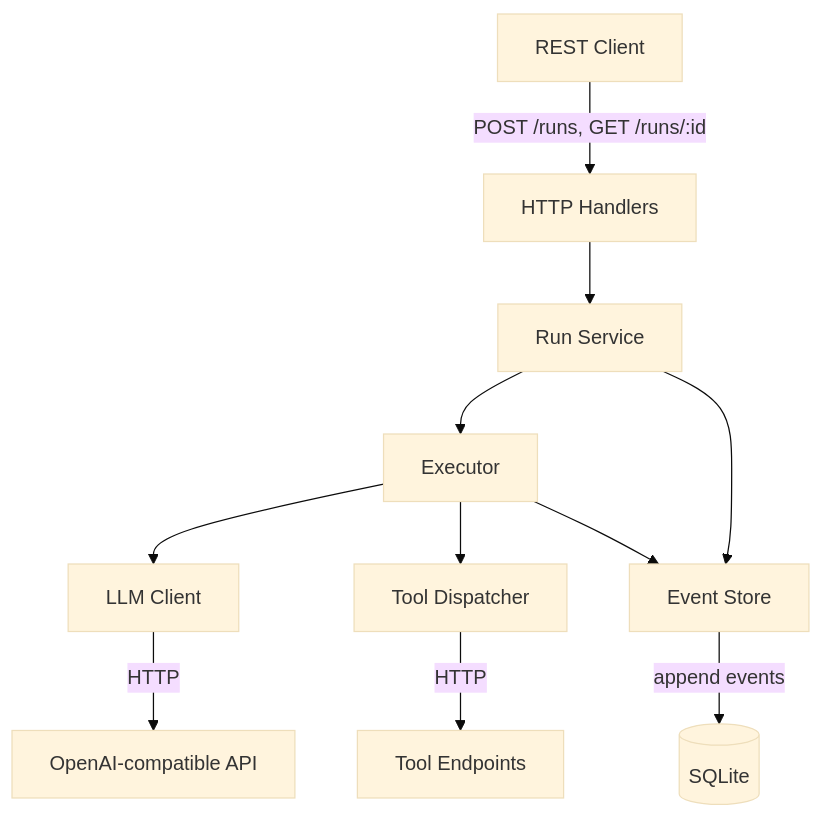
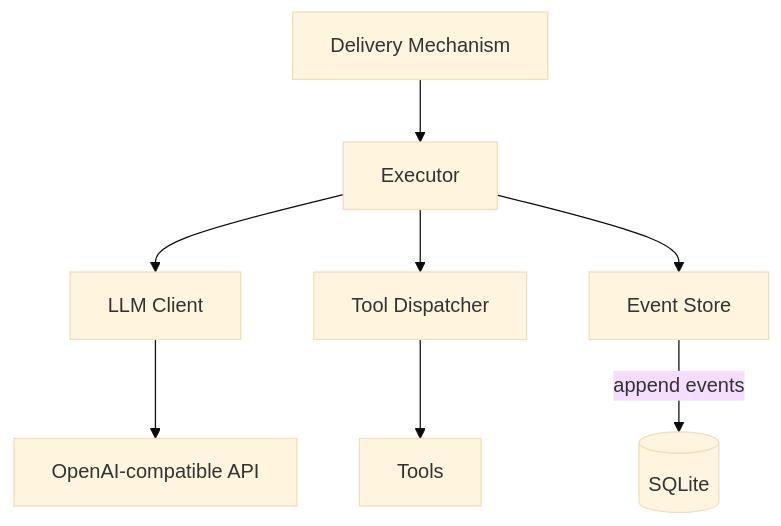
One commit to w-h-a/runloop changed the diagram in README.md. Above: the diagram before and after it, drawn with Mermaid (base theme). The commit also changed other lines of this file, not shown here.

Commit message:
feat: update README given design changes (#6)

````diff
--- a/README.md
+++ b/README.md
@@ -13,15 +13,11 @@
 ```mermaid
 graph TB
-    Client[REST Client] -->|POST /runs, GET /runs/:id| API[HTTP Handlers]
-    API --> RunSvc[Run Service]
-    RunSvc --> Executor[Executor]
-    RunSvc --> ES[Event Store]
-
+    DM[Delivery Mechanism] --> Executor
     Executor --> LLM[LLM Client]
     Executor --> TD[Tool Dispatcher]
-    Executor --> ES
+    Executor --> ES[Event Store]
 
-    LLM -->|HTTP| OpenAI[OpenAI-compatible API]
-    TD -->|HTTP| Tools[Tool Endpoints]
+    LLM --> OpenAI[OpenAI-compatible API]
+    TD --> Tools[Tools]
     ES -->|append events| DB[(SQLite)]
 ```
````
